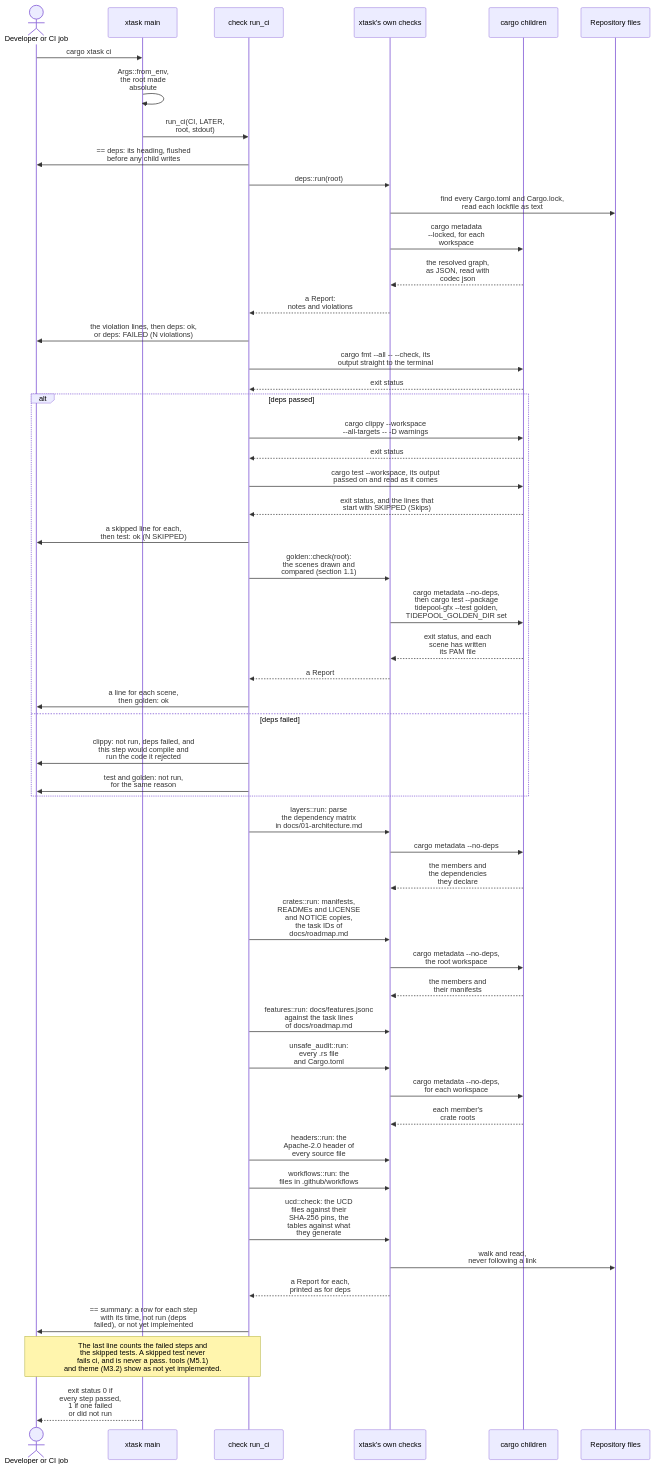
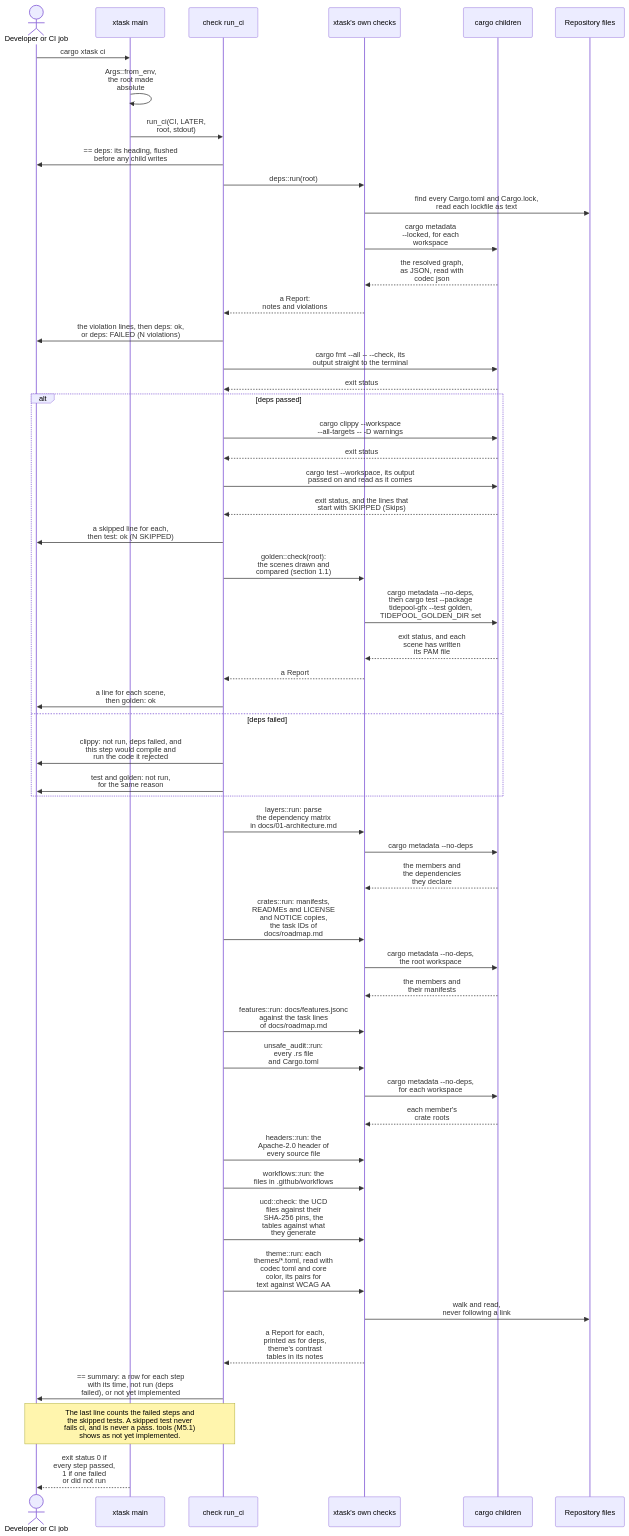
Before and after one commit to jabbott-iii/Tidepool: the first of 23 diagrams in diagrams/sequence-diagrams.md, drawn with Mermaid. The commit also changed other lines of this file and 50 other files, not shown here.

````diff
--- a/diagrams/sequence-diagrams.md
+++ b/diagrams/sequence-diagrams.md
@@ -62,55 +66,56 @@
 ```mermaid
 sequenceDiagram
     actor Dev as Developer or CI job
     participant Cli as xtask main
     participant Ci as check run_ci
     participant Own as xtask's own checks
     participant Cargo as cargo children
     participant Repo as Repository files
 
     Dev->>Cli: cargo xtask ci
     Cli->>Cli: Args::from_env,<br/>the root made<br/>absolute
     Cli->>Ci: run_ci(CI, LATER,<br/>root, stdout)
     Ci->>Dev: == deps: its heading, flushed<br/>before any child writes
     Ci->>Own: deps::run(root)
     Own->>Repo: find every Cargo.toml and Cargo.lock,<br/>read each lockfile as text
     Own->>Cargo: cargo metadata<br/>--locked, for each<br/>workspace
     Cargo-->>Own: the resolved graph,<br/>as JSON, read with<br/>codec json
     Own-->>Ci: a Report:<br/>notes and violations
     Ci->>Dev: the violation lines, then deps: ok,<br/>or deps: FAILED (N violations)
     Ci->>Cargo: cargo fmt --all -- --check, its<br/>output straight to the terminal
     Cargo-->>Ci: exit status
     alt deps passed
         Ci->>Cargo: cargo clippy --workspace<br/>--all-targets -- -D warnings
         Cargo-->>Ci: exit status
         Ci->>Cargo: cargo test --workspace, its output<br/>passed on and read as it comes
         Cargo-->>Ci: exit status, and the lines that<br/>start with SKIPPED (Skips)
         Ci->>Dev: a skipped line for each,<br/>then test: ok (N SKIPPED)
         Ci->>Own: golden::check(root):<br/>the scenes drawn and<br/>compared (section 1.1)
         Own->>Cargo: cargo metadata --no-deps,<br/>then cargo test --package<br/>tidepool-gfx --test golden,<br/>TIDEPOOL_GOLDEN_DIR set
         Cargo-->>Own: exit status, and each<br/>scene has written<br/>its PAM file
         Own-->>Ci: a Report
         Ci->>Dev: a line for each scene,<br/>then golden: ok
     else deps failed
         Ci->>Dev: clippy: not run, deps failed, and<br/>this step would compile and<br/>run the code it rejected
         Ci->>Dev: test and golden: not run,<br/>for the same reason
     end
     Ci->>Own: layers::run: parse<br/>the dependency matrix<br/>in docs/01-architecture.md
     Own->>Cargo: cargo metadata --no-deps
     Cargo-->>Own: the members and<br/>the dependencies<br/>they declare
     Ci->>Own: crates::run: manifests,<br/>READMEs and LICENSE<br/>and NOTICE copies,<br/>the task IDs of<br/>docs/roadmap.md
     Own->>Cargo: cargo metadata --no-deps,<br/>the root workspace
     Cargo-->>Own: the members and<br/>their manifests
     Ci->>Own: features::run: docs/features.jsonc<br/>against the task lines<br/>of docs/roadmap.md
     Ci->>Own: unsafe_audit::run:<br/>every .rs file<br/>and Cargo.toml
     Own->>Cargo: cargo metadata --no-deps,<br/>for each workspace
     Cargo-->>Own: each member's<br/>crate roots
     Ci->>Own: headers::run: the<br/>Apache-2.0 header of<br/>every source file
     Ci->>Own: workflows::run: the<br/>files in .github/workflows
     Ci->>Own: ucd::check: the UCD<br/>files against their<br/>SHA-256 pins, the<br/>tables against what<br/>they generate
+    Ci->>Own: theme::run: each<br/>themes/*.toml, read with<br/>codec toml and core<br/>color, its pairs for<br/>text against WCAG AA
     Own->>Repo: walk and read,<br/>never following a link
-    Own-->>Ci: a Report for each,<br/>printed as for deps
+    Own-->>Ci: a Report for each,<br/>printed as for deps,<br/>theme's contrast<br/>tables in its notes
     Ci->>Dev: == summary: a row for each step<br/>with its time, not run (deps<br/>failed), or not yet implemented
-    Note over Dev,Ci: The last line counts the failed steps and<br/>the skipped tests. A skipped test never<br/>fails ci, and is never a pass. tools (M5.1)<br/>and theme (M3.2) show as not yet implemented.
+    Note over Dev,Ci: The last line counts the failed steps and<br/>the skipped tests. A skipped test never<br/>fails ci, and is never a pass. tools (M5.1)<br/>shows as not yet implemented.
     Cli-->>Dev: exit status 0 if<br/>every step passed,<br/>1 if one failed<br/>or did not run
 ```
````
